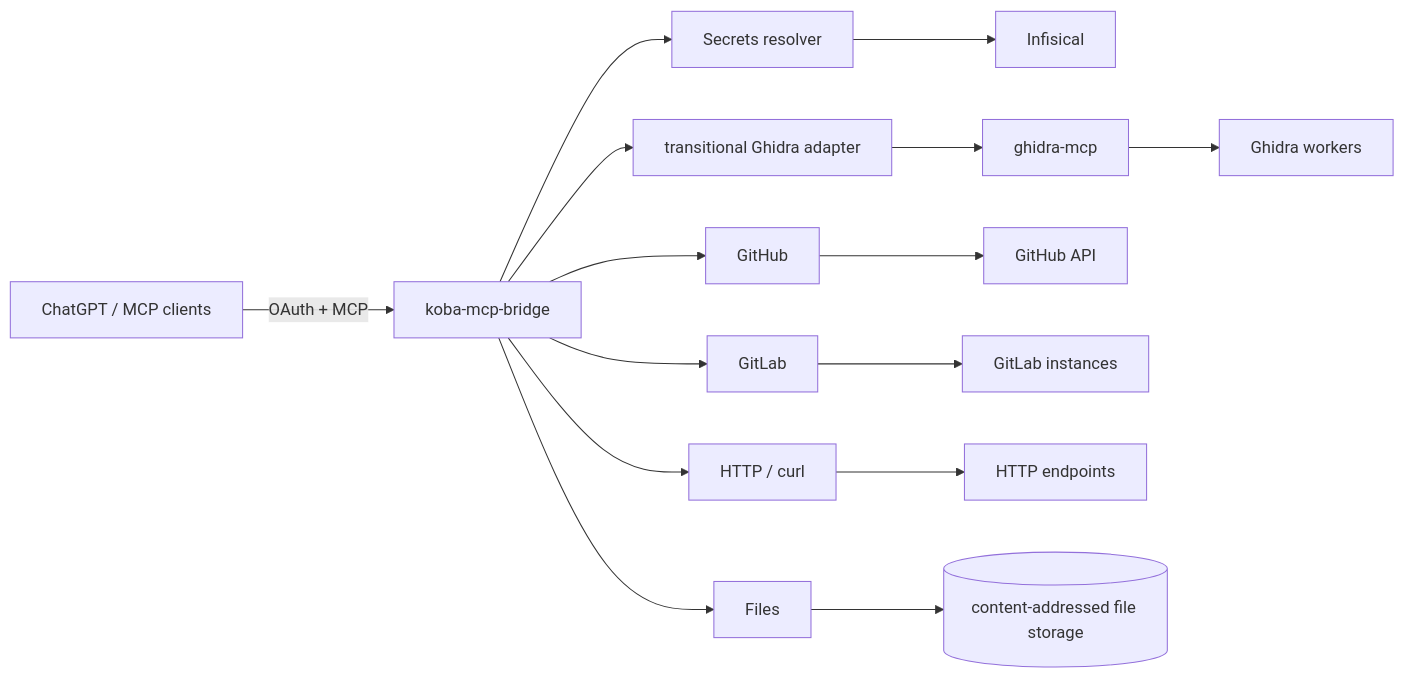
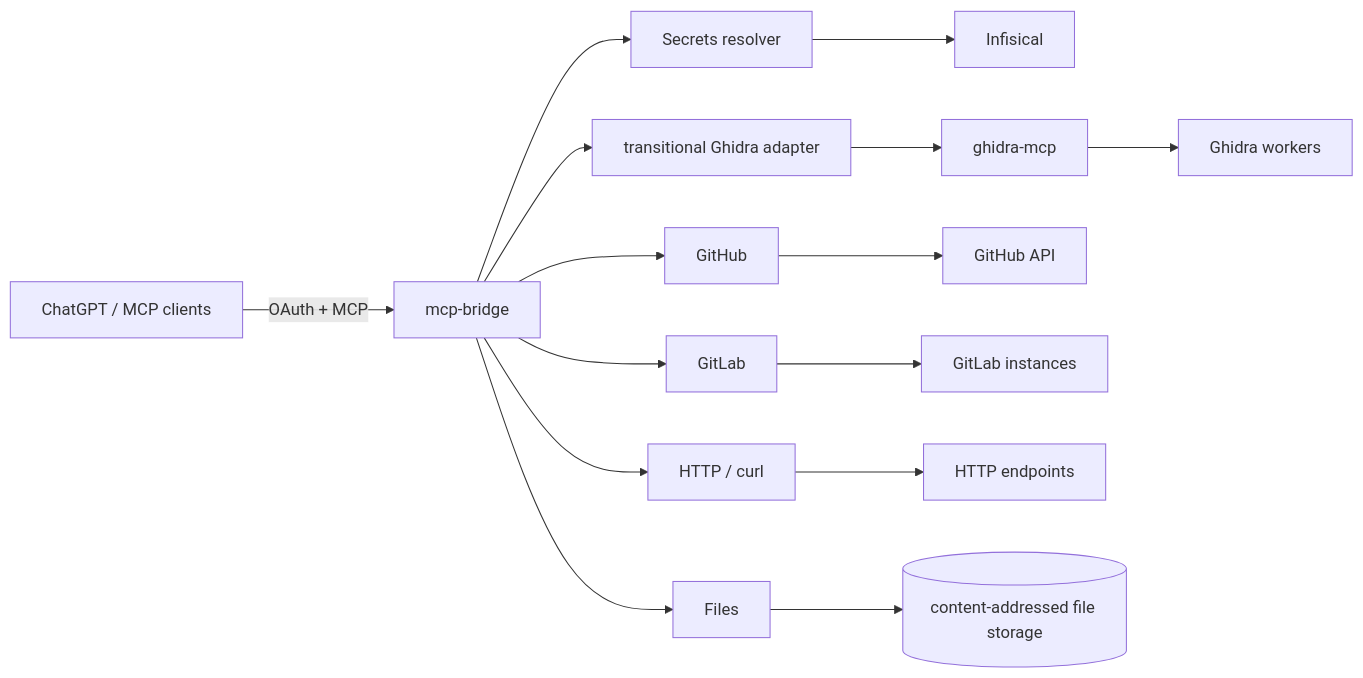
Before and after one commit to ArthurKoba/koba-mcp-bridge: the first of 2 diagrams in docs/architecture/overview.md, drawn with Mermaid. The commit also changed other lines of this file, not shown here.

Commit message:
docs: rename Koba references in docs/architecture/overview.md

````diff
--- a/docs/architecture/overview.md
+++ b/docs/architecture/overview.md
@@ -16,20 +16,20 @@
 ```mermaid
 flowchart LR
-    C[ChatGPT / MCP clients] -->|OAuth + MCP| B[koba-mcp-bridge]
+    C[ChatGPT / MCP clients] -->|OAuth + MCP| B[mcp-bridge]
 
     B --> S[Secrets resolver]
     S --> I[Infisical]
 
     B --> GH[GitHub]
     B --> GL[GitLab]
     B --> HTTP[HTTP / curl]
     B --> F[Files]
     B --> GA[transitional Ghidra adapter]
     GA --> GM[ghidra-mcp]
 
     GH --> GitHub[GitHub API]
     GL --> GitLab[GitLab instances]
     HTTP --> Internet[HTTP endpoints]
     F --> Store[(content-addressed file storage)]
     GM --> Ghidra[Ghidra workers]
 ```
````
